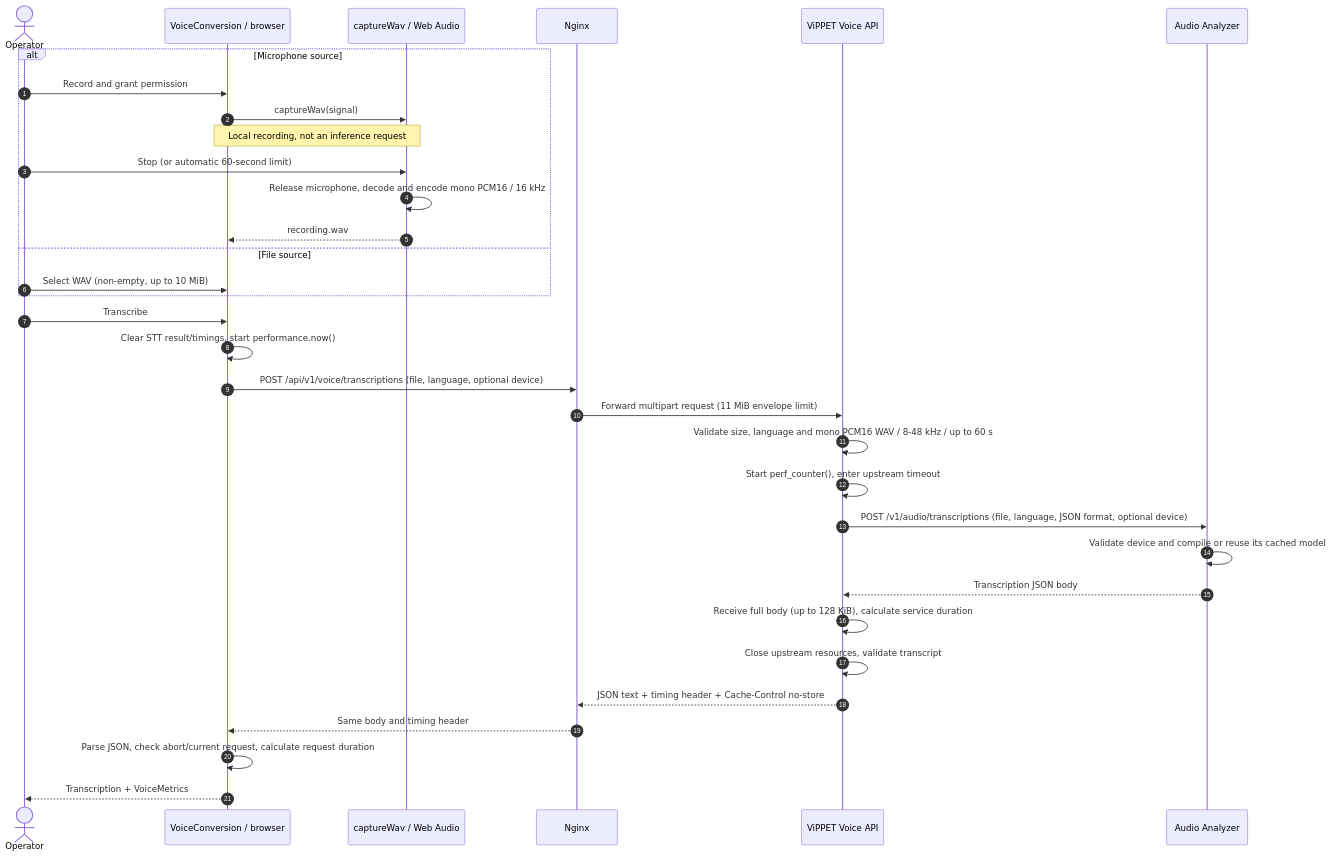
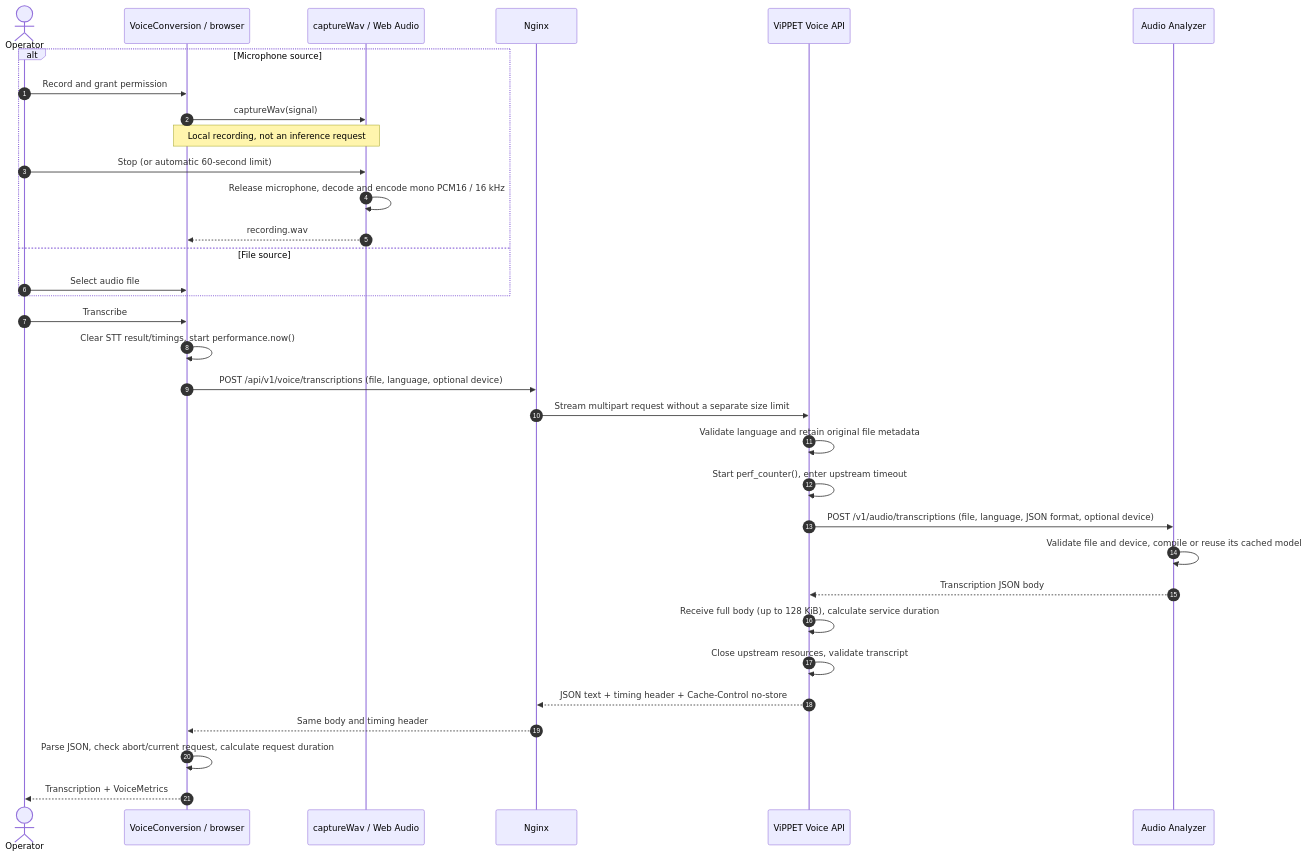
One commit to open-edge-platform/edge-ai-libraries changed the sixth of 9 diagrams in tools/visual-pipeline-and-platform-evaluation-tool/docs/user-guide/developer-guide/voice-architecture.md. Above: the diagram before and after it, drawn with Mermaid. The commit also changed other lines of this file and 9 other files, not shown here.

````diff
--- a/tools/visual-pipeline-and-platform-evaluation-tool/docs/user-guide/developer-guide/voice-architecture.md
+++ b/tools/visual-pipeline-and-platform-evaluation-tool/docs/user-guide/developer-guide/voice-architecture.md
@@ -243,35 +247,35 @@
 ```mermaid
 sequenceDiagram
     autonumber
     actor Operator
     participant UI as VoiceConversion / browser
     participant Capture as captureWav / Web Audio
     participant Web as Nginx
     participant API as ViPPET Voice API
     participant ASR as Audio Analyzer
     alt Microphone source
         Operator->>UI: Record and grant permission
         UI->>Capture: captureWav(signal)
         Note over UI,Capture: Local recording, not an inference request
         Operator->>Capture: Stop (or automatic 60-second limit)
         Capture->>Capture: Release microphone, decode and encode mono PCM16 / 16 kHz
         Capture-->>UI: recording.wav
     else File source
-        Operator->>UI: Select WAV (non-empty, up to 10 MiB)
+      Operator->>UI: Select audio file
     end
     Operator->>UI: Transcribe
     UI->>UI: Clear STT result/timings, start performance.now()
     UI->>Web: POST /api/v1/voice/transcriptions (file, language, optional device)
-    Web->>API: Forward multipart request (11 MiB envelope limit)
-    API->>API: Validate size, language and mono PCM16 WAV / 8-48 kHz / up to 60 s
+    Web->>API: Stream multipart request without a separate size limit
+    API->>API: Validate language and retain original file metadata
     API->>API: Start perf_counter(), enter upstream timeout
     API->>ASR: POST /v1/audio/transcriptions (file, language, JSON format, optional device)
-    ASR->>ASR: Validate device and compile or reuse its cached model
+    ASR->>ASR: Validate file and device, compile or reuse its cached model
     ASR-->>API: Transcription JSON body
     API->>API: Receive full body (up to 128 KiB), calculate service duration
     API->>API: Close upstream resources, validate transcript
     API-->>Web: JSON text + timing header + Cache-Control no-store
     Web-->>UI: Same body and timing header
     UI->>UI: Parse JSON, check abort/current request, calculate request duration
     UI-->>Operator: Transcription + VoiceMetrics
 ```
````
